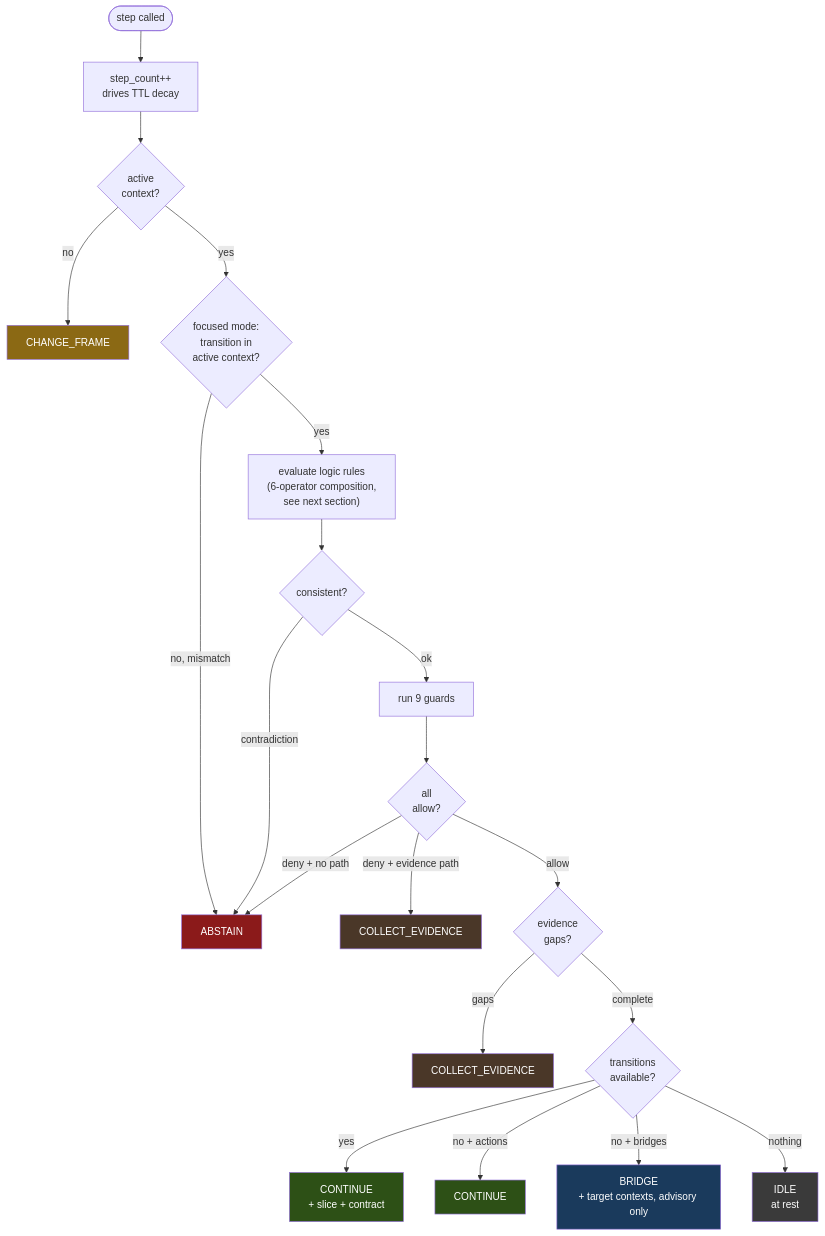
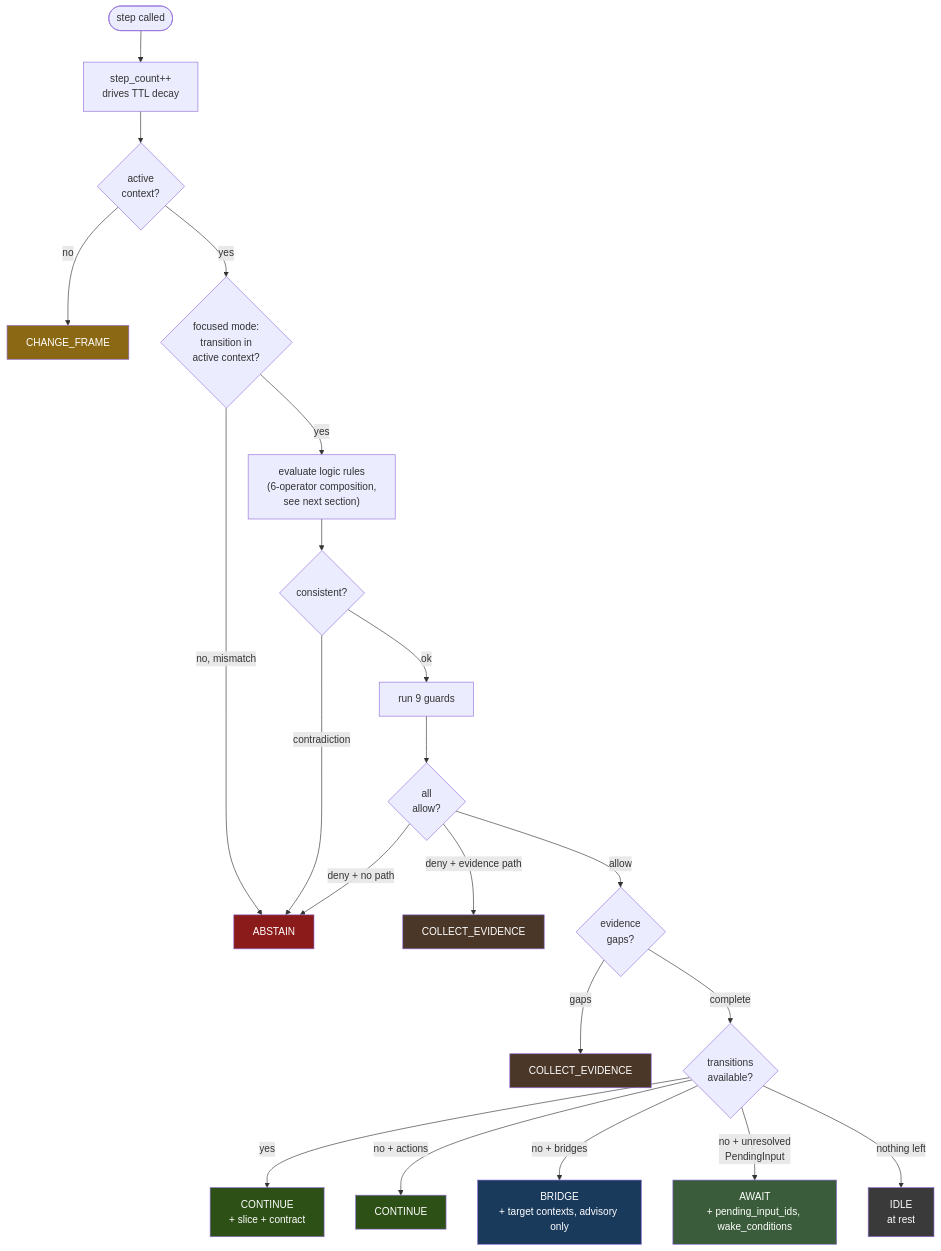
Before and after one commit to igareosh/fpf-agentic-thinking-map: the second of 12 diagrams in ARCHITECTURE.md, drawn with Mermaid. The commit also changed other lines of this file and 2 other files, not shown here.

````diff
--- a/ARCHITECTURE.md
+++ b/ARCHITECTURE.md
@@ -47,31 +64,33 @@
 ```mermaid
 flowchart TD
     START([step called]) --> INC[step_count++<br/>drives TTL decay]
     INC --> CTX{active<br/>context?}
     CTX -->|no| CF[CHANGE_FRAME]
     CTX -->|yes| XCTX{focused mode:<br/>transition in<br/>active context?}
     XCTX -->|no, mismatch| ABSTAIN[ABSTAIN]
     XCTX -->|yes| LOGIC["evaluate logic rules<br/>(6-operator composition,<br/>see next section)"]
     LOGIC --> CONSIST{consistent?}
     CONSIST -->|contradiction| ABSTAIN
     CONSIST -->|ok| GUARDS[run 9 guards]
     GUARDS --> GPASS{all<br/>allow?}
     GPASS -->|deny + evidence path| CE1[COLLECT_EVIDENCE]
     GPASS -->|deny + no path| ABSTAIN
     GPASS -->|allow| EVCHECK{evidence<br/>gaps?}
     EVCHECK -->|gaps| CE2[COLLECT_EVIDENCE]
     EVCHECK -->|complete| TRANS{transitions<br/>available?}
     TRANS -->|yes| CONTINUE[CONTINUE<br/>+ slice + contract]
     TRANS -->|no + actions| CONTINUE2[CONTINUE]
     TRANS -->|no + bridges| BRIDGE[BRIDGE<br/>+ target contexts, advisory only]
-    TRANS -->|nothing| IDLE[IDLE<br/>at rest]
+    TRANS -->|no + unresolved<br/>PendingInput| AWAIT[AWAIT<br/>+ pending_input_ids, wake_conditions]
+    TRANS -->|nothing left| IDLE[IDLE<br/>at rest]
 
     style CF fill:#8b6914,color:#fff
     style ABSTAIN fill:#8b1a1a,color:#fff
     style CE1 fill:#4a3728,color:#fff
     style CE2 fill:#4a3728,color:#fff
     style CONTINUE fill:#2d5016,color:#fff
     style CONTINUE2 fill:#2d5016,color:#fff
     style BRIDGE fill:#1a3a5c,color:#fff
+    style AWAIT fill:#3a5c3a,color:#fff
     style IDLE fill:#3a3a3a,color:#fff
 ```
````
